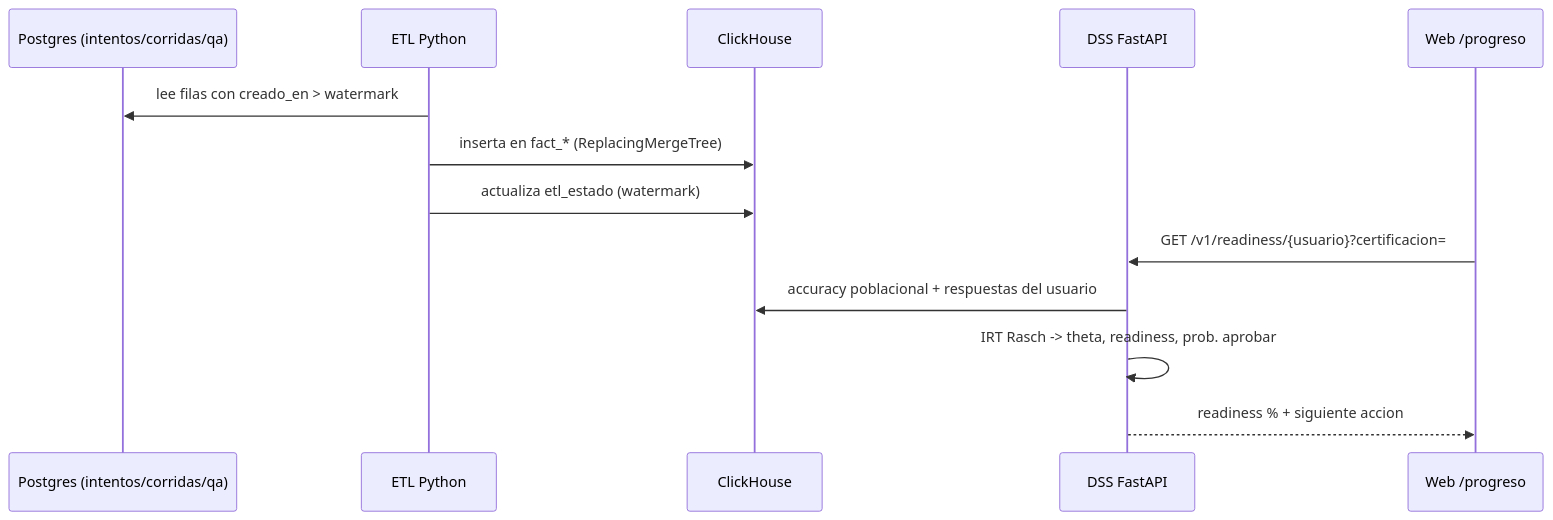
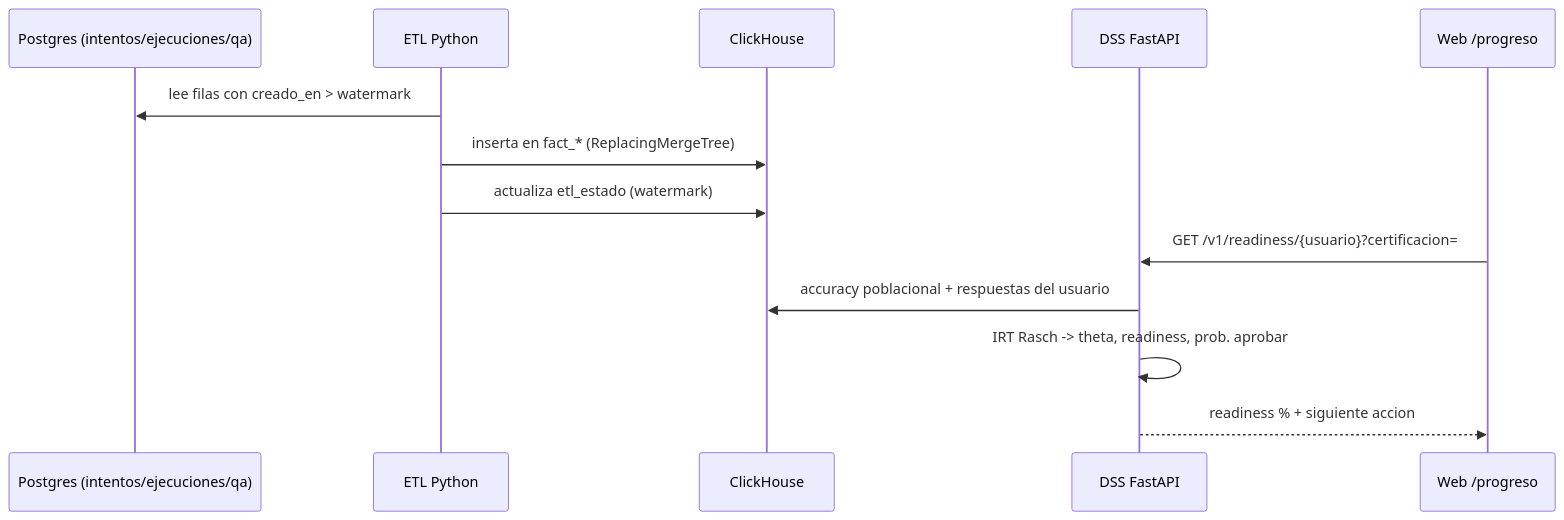
Diagram 11 of 11 in README.md (Diegomed11/CertReady), drawn with Mermaid before and after one commit. The commit also changed other lines of this file and 47 other files, not shown here.

````diff
--- a/README.md
+++ b/README.md
@@ -645,16 +645,16 @@
 ```mermaid
 sequenceDiagram
-  participant PG as Postgres (intentos/corridas/qa)
+  participant PG as Postgres (intentos/ejecuciones/qa)
   participant ETL as ETL Python
   participant CH as ClickHouse
   participant DSS as DSS FastAPI
   participant W as Web /progreso
 
   ETL->>PG: lee filas con creado_en > watermark
   ETL->>CH: inserta en fact_* (ReplacingMergeTree)
   ETL->>CH: actualiza etl_estado (watermark)
   W->>DSS: GET /v1/readiness/{usuario}?certificacion=
   DSS->>CH: accuracy poblacional + respuestas del usuario
   DSS->>DSS: IRT Rasch -> theta, readiness, prob. aprobar
   DSS-->>W: readiness % + siguiente accion
 ```
````
